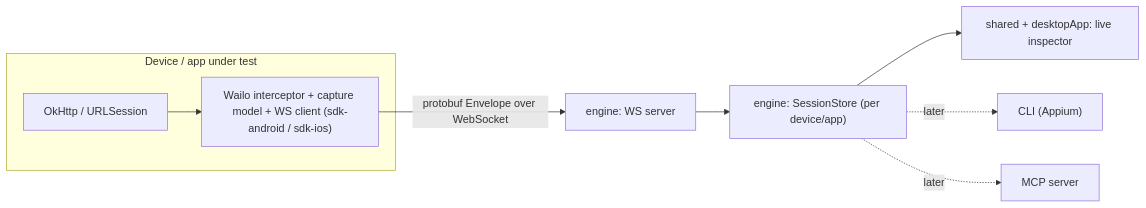
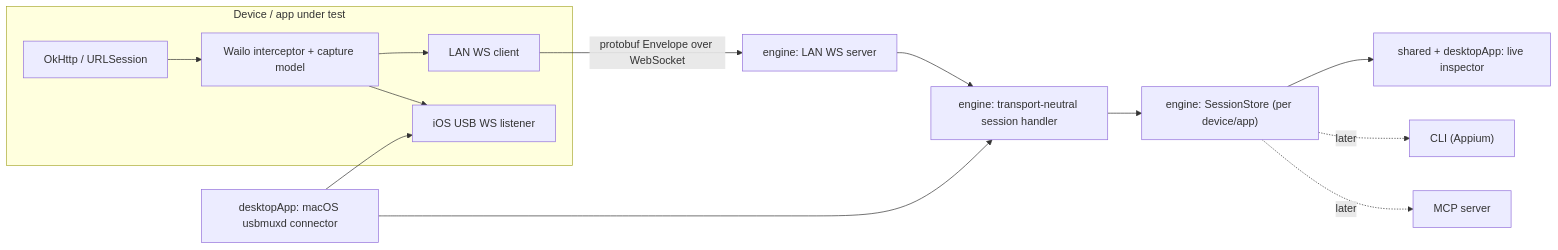
One commit to venbiasa/wailo changed the diagram in ARCHITECTURE.md. Above: the diagram before and after it, drawn with Mermaid. The commit also changed other lines of this file and 51 other files, not shown here.

Commit message:
feat: add configurable host and port feat: add usbmuxd connection for ios

````diff
--- a/ARCHITECTURE.md
+++ b/ARCHITECTURE.md
@@ -21,11 +21,16 @@
 ```mermaid
 flowchart LR
   subgraph device [Device / app under test]
-    ok[OkHttp / URLSession] --> intc["Wailo interceptor + capture model + WS client (sdk-android / sdk-ios)"]
+    ok[OkHttp / URLSession] --> intc["Wailo interceptor + capture model"]
+    intc --> client["LAN WS client"]
+    intc --> listener["iOS USB WS listener"]
   end
-  intc -->|"protobuf Envelope over WebSocket"| server["engine: WS server"]
-  server --> store["engine: SessionStore (per device/app)"]
+  client -->|"protobuf Envelope over WebSocket"| server["engine: LAN WS server"]
+  usb["desktopApp: macOS usbmuxd connector"] --> listener
+  server --> session["engine: transport-neutral session handler"]
+  usb --> session
+  session --> store["engine: SessionStore (per device/app)"]
   store --> ui["shared + desktopApp: live inspector"]
   store -. later .-> cli["CLI (Appium)"]
   store -. later .-> mcp["MCP server"]
 ```
````
